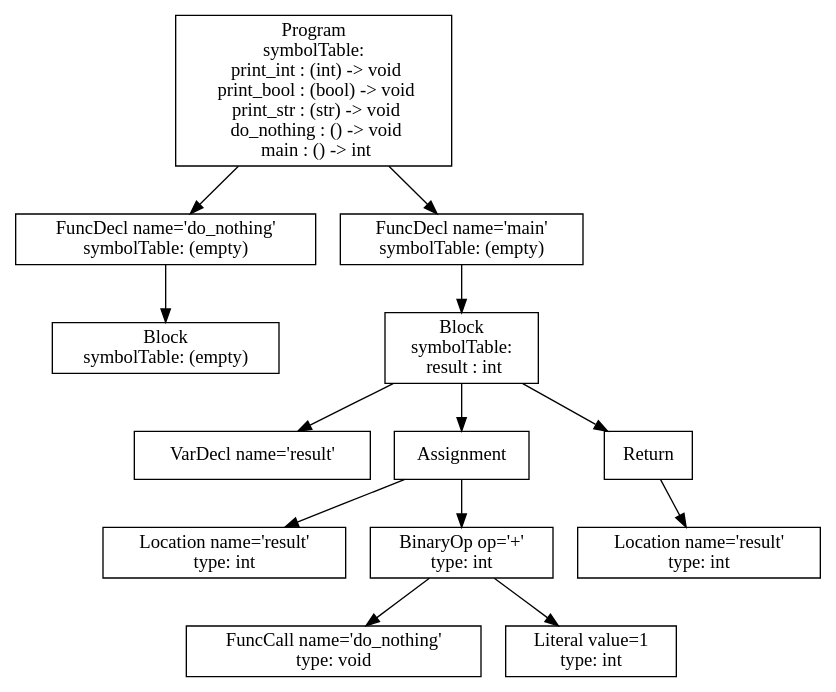
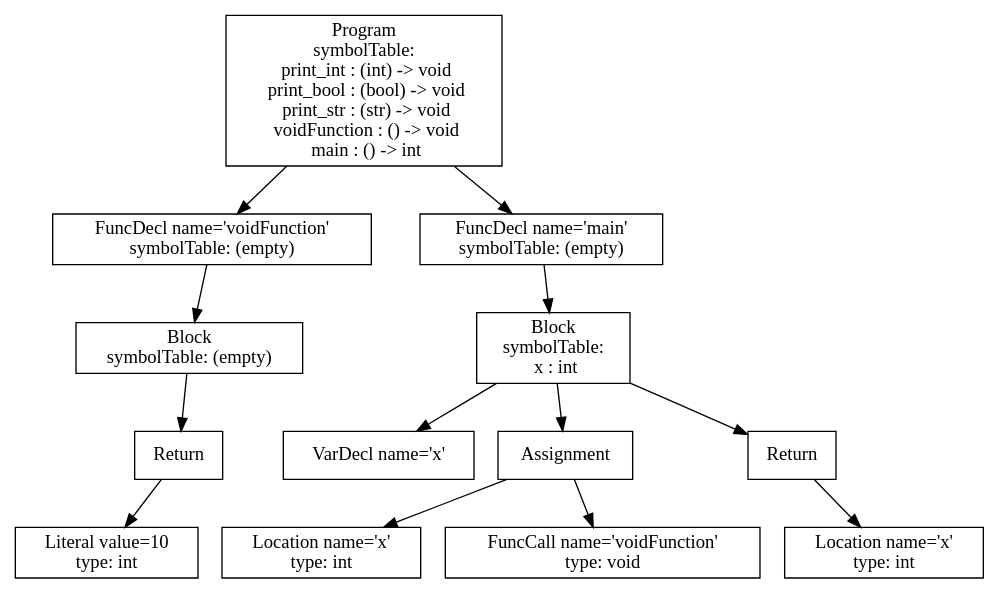
One commit to atrim11/CS432 changed the diagram in p3-analysis/tree.dot. Above: the diagram before and after it, drawn with Graphviz. The commit also changed 58 other files, not shown here.

```diff
--- a/p3-analysis/tree.dot
+++ b/p3-analysis/tree.dot
@@ -1,27 +1,27 @@
 digraph AST {
+4 [shape=box, label="Literal value=10\ntype: int"];
+3 [shape=box, label="Return"];
+3 -> 4;
 2 [shape=box, label="Block\nsymbolTable: (empty)"];
-1 [shape=box, label="FuncDecl name='do_nothing'\nsymbolTable: (empty)"];
+2 -> 3;
+1 [shape=box, label="FuncDecl name='voidFunction'\nsymbolTable: (empty)"];
 1 -> 2;
-5 [shape=box, label="VarDecl name='result'"];
-7 [shape=box, label="Location name='result'\ntype: int"];
-9 [shape=box, label="FuncCall name='do_nothing'\ntype: void"];
-10 [shape=box, label="Literal value=1\ntype: int"];
-8 [shape=box, label="BinaryOp op='+'\ntype: int"];
+7 [shape=box, label="VarDecl name='x'"];
+9 [shape=box, label="Location name='x'\ntype: int"];
+10 [shape=box, label="FuncCall name='voidFunction'\ntype: void"];
+8 [shape=box, label="Assignment"];
 8 -> 9;
 8 -> 10;
-6 [shape=box, label="Assignment"];
+12 [shape=box, label="Location name='x'\ntype: int"];
+11 [shape=box, label="Return"];
+11 -> 12;
+6 [shape=box, label="Block\nsymbolTable: \n  x : int"];
 6 -> 7;
 6 -> 8;
-12 [shape=box, label="Location name='result'\ntype: int"];
-11 [shape=box, label="Return"];
-11 -> 12;
-4 [shape=box, label="Block\nsymbolTable: \n  result : int"];
-4 -> 5;
-4 -> 6;
-4 -> 11;
-3 [shape=box, label="FuncDecl name='main'\nsymbolTable: (empty)"];
-3 -> 4;
-0 [shape=box, label="Program\nsymbolTable: \n  print_int : (int) -> void\n  print_bool : (bool) -> void\n  print_str : (str) -> void\n  do_nothing : () -> void\n  main : () -> int"];
+6 -> 11;
+5 [shape=box, label="FuncDecl name='main'\nsymbolTable: (empty)"];
+5 -> 6;
+0 [shape=box, label="Program\nsymbolTable: \n  print_int : (int) -> void\n  print_bool : (bool) -> void\n  print_str : (str) -> void\n  voidFunction : () -> void\n  main : () -> int"];
 0 -> 1;
-0 -> 3;
+0 -> 5;
 }
```
